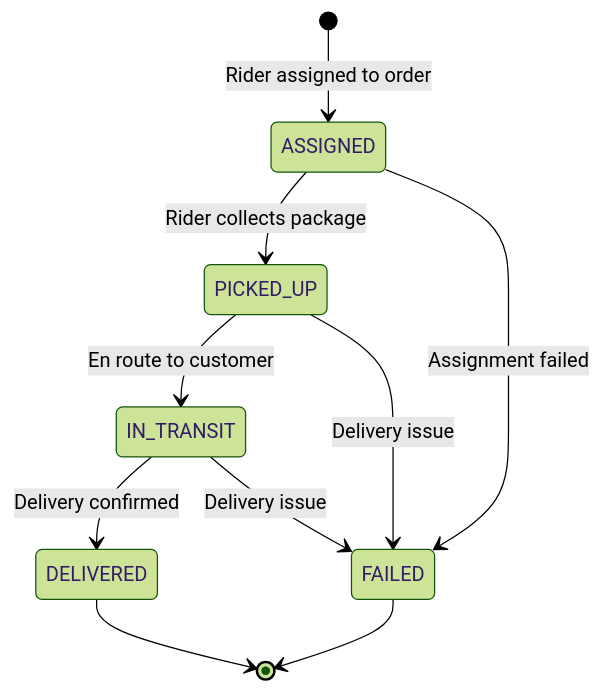
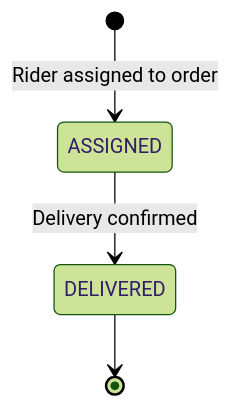
Before and after one commit to sunitakeazycommerz-a11y/InstaCommerce: the third of 7 diagrams in services/fulfillment-service/README.md, drawn with Mermaid (forest theme). The commit also changed other lines of this file, not shown here.

````diff
--- a/services/fulfillment-service/README.md
+++ b/services/fulfillment-service/README.md
@@ -74,12 +84,6 @@
 ```mermaid
 stateDiagram-v2
     [*] --> ASSIGNED: Rider assigned to order
-    ASSIGNED --> PICKED_UP: Rider collects package
-    PICKED_UP --> IN_TRANSIT: En route to customer
-    IN_TRANSIT --> DELIVERED: Delivery confirmed
-    ASSIGNED --> FAILED: Assignment failed
-    PICKED_UP --> FAILED: Delivery issue
-    IN_TRANSIT --> FAILED: Delivery issue
+    ASSIGNED --> DELIVERED: Delivery confirmed
     DELIVERED --> [*]
-    FAILED --> [*]
 ```
````
